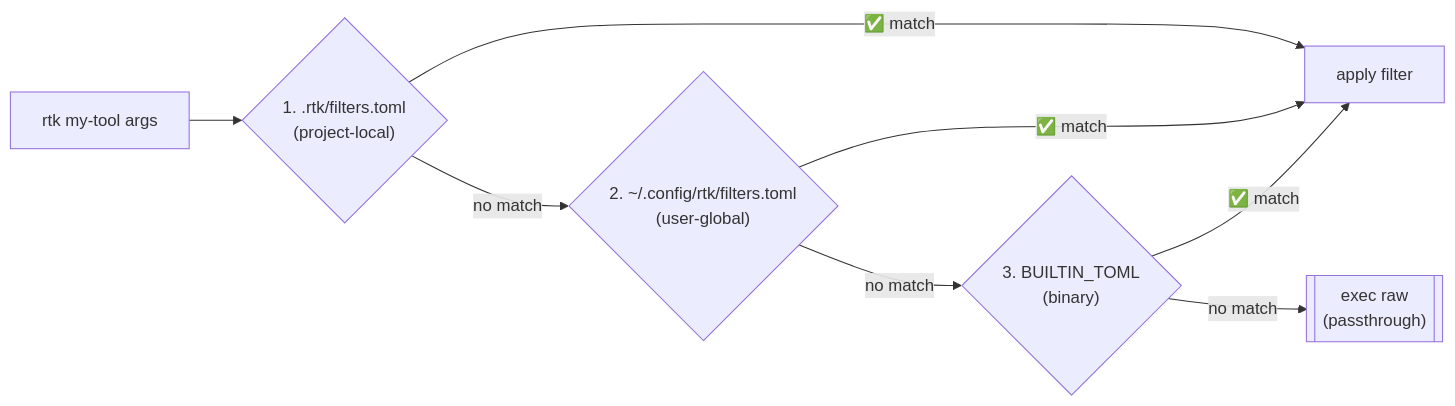
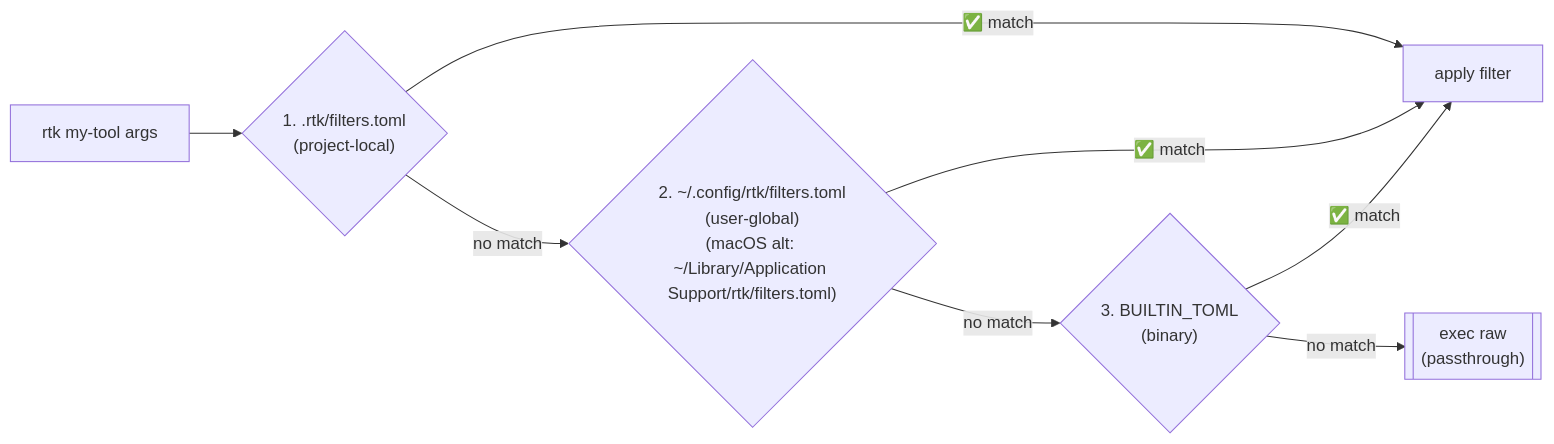
One commit to Randy-C-X/rtk changed the second of 2 diagrams in docs/filter-workflow.md. Above: the diagram before and after it, drawn with Mermaid. The commit also changed 8 other files, not shown here.

````diff
--- a/docs/filter-workflow.md
+++ b/docs/filter-workflow.md
@@ -84,13 +84,13 @@
 ```mermaid
 flowchart LR
     CMD["rtk my-tool args"] --> P1
     P1{"1. .rtk/filters.toml\n(project-local)"}
     P1 -->|"✅ match"| WIN["apply filter"]
     P1 -->|"no match"| P2
-    P2{"2. ~/.config/rtk/filters.toml\n(user-global)"}
+    P2{"2. ~/.config/rtk/filters.toml\n(user-global)\n(macOS alt: ~/Library/Application Support/rtk/filters.toml)"}
     P2 -->|"✅ match"| WIN
     P2 -->|"no match"| P3
     P3{"3. BUILTIN_TOML\n(binary)"}
     P3 -->|"✅ match"| WIN
     P3 -->|"no match"| P4[["exec raw\n(passthrough)"]]
 ```
````
